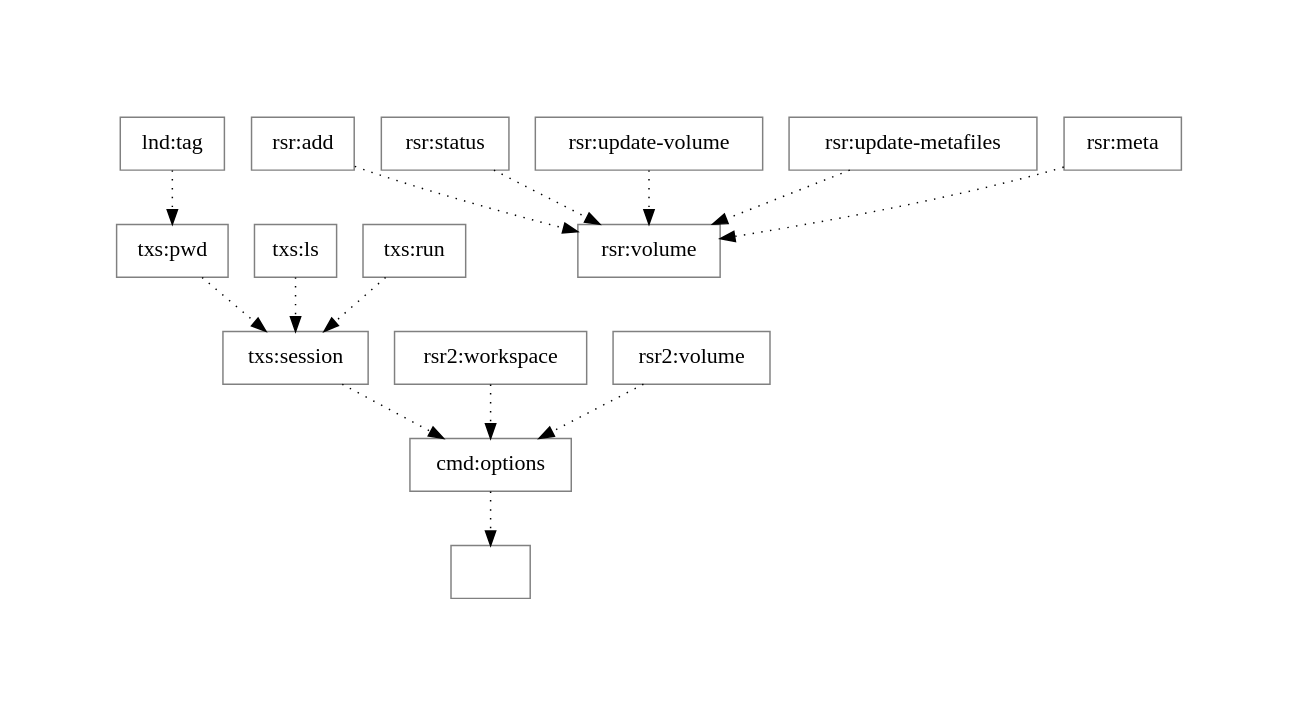
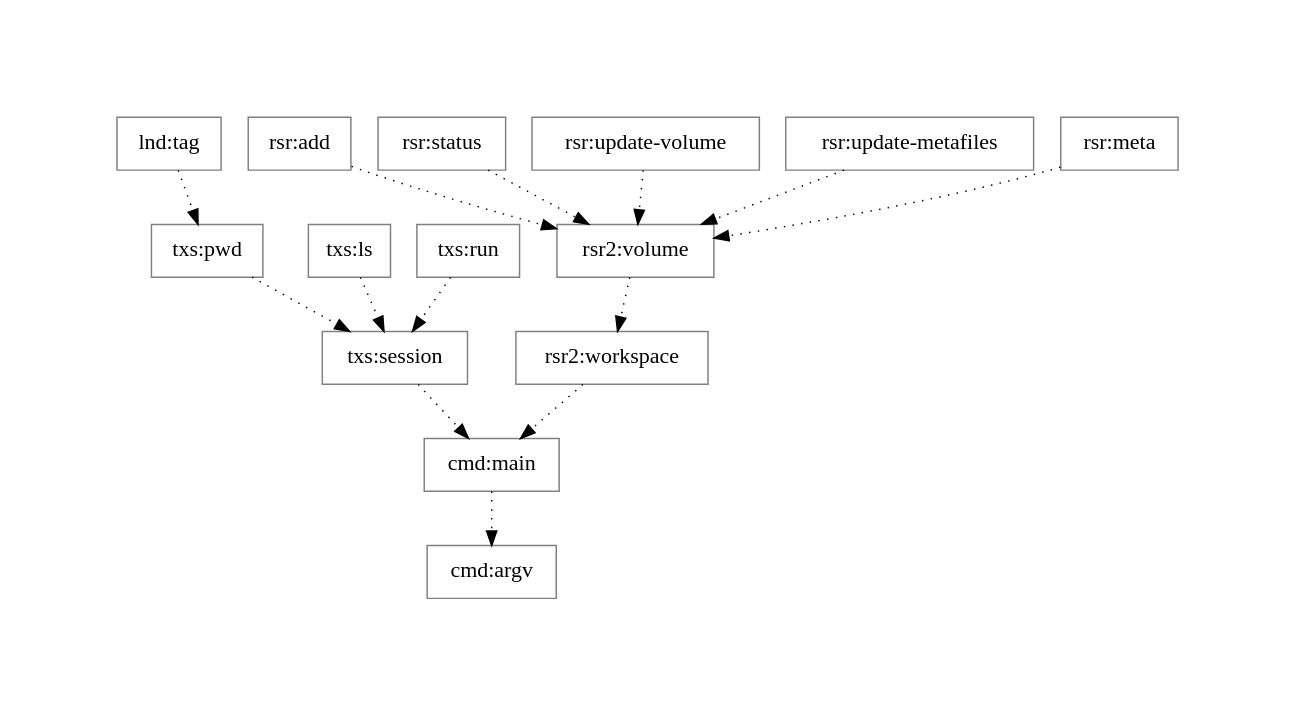
The diagram in doc/python-target-handlers.en.dot.gv (dotmpe/script-mpe), drawn with Graphviz before and after one commit. The commit also changed 1 other file, not shown here.

```diff
--- a/doc/python-target-handlers.en.dot.gv
+++ b/doc/python-target-handlers.en.dot.gv
@@ -1,41 +1,43 @@
 digraph "doc_python_target_handlers" {
 	graph [
 		fontsize = "14"
 		fontname = "Times-Roman"
 		fontcolor = "black"
     pad = 1
 	]
 	node [
 		fontsize = "15"
 		fontname = "Bitstream Vera Sans"
 		shape = "record"
 		style = "solid"
 		color = "grey"
 	]
 	edge [
 		fontsize = "14"
 		fontname = "Bitstream Vera Sans"
 		style = "dotted"
 		weight = "4"
 	]
 
-	"cmd:options" -> "" ;
-	"txs:session" -> "cmd:options" ;
+	"cmd:main" -> "cmd:argv" ;
+
+	"txs:session" -> "cmd:main" ;
+
 	"txs:pwd" -> "txs:session" ;
 	"txs:ls" -> "txs:session" ;
 	"txs:run" -> "txs:session" ;
 
-  "rsr2:workspace" -> "cmd:options" ;
-  "rsr2:volume" -> "cmd:options" ;
+  "rsr2:workspace" -> "cmd:main" ;
+  "rsr2:volume" -> "rsr2:workspace" ;
 
-  "rsr:add" -> "rsr:volume" ;
-  "rsr:status" -> "rsr:volume" ;
-  "rsr:update-volume" -> "rsr:volume" ;
-  "rsr:update-metafiles" -> "rsr:volume" ;
-  "rsr:meta" -> "rsr:volume" ;
+  "rsr:add" -> "rsr2:volume" ;
+  "rsr:status" -> "rsr2:volume" ;
+  "rsr:update-volume" -> "rsr2:volume" ;
+  "rsr:update-metafiles" -> "rsr2:volume" ;
+  "rsr:meta" -> "rsr2:volume" ;
 
 
   "lnd:tag" -> "txs:pwd" ;
 
   edge [ style="normal" ] ;
 }
```
